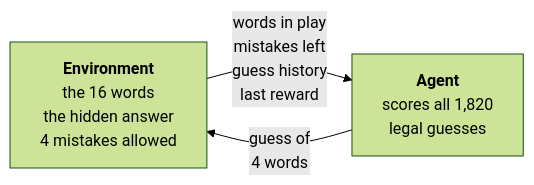
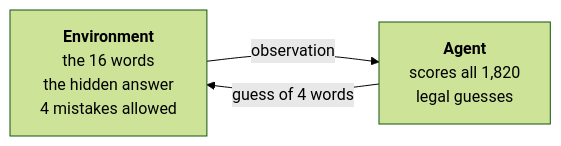
One commit to thomassems/ConnectionsRL changed the diagram in README.md. Above: the diagram before and after it, drawn with Mermaid (forest theme). The commit also changed other lines of this file, not shown here.

Commit message:
Simplify the diagram's edge labels
GitHub's Mermaid renderer wraps nodes more aggressively than the local one,
so the four-line observation label overlapped the Environment box. The edges
are now just "observation" and "guess of 4 words", and the contents of the
observation move into a sentence under the diagram.

````diff
--- a/README.md
+++ b/README.md
@@ -27,7 +27,7 @@
 ```mermaid
 flowchart LR
     E["<b>Environment</b><br/>the 16 words<br/>the hidden answer<br/>4 mistakes allowed"]
     A["<b>Agent</b><br/>scores all 1,820<br/>legal guesses"]
-    E -->|"words in play<br/>mistakes left<br/>guess history<br/>last reward"| A
-    A -->|"guess of<br/>4 words"| E
+    E -->|"observation"| A
+    A -->|"guess of 4 words"| E
 ```
````
